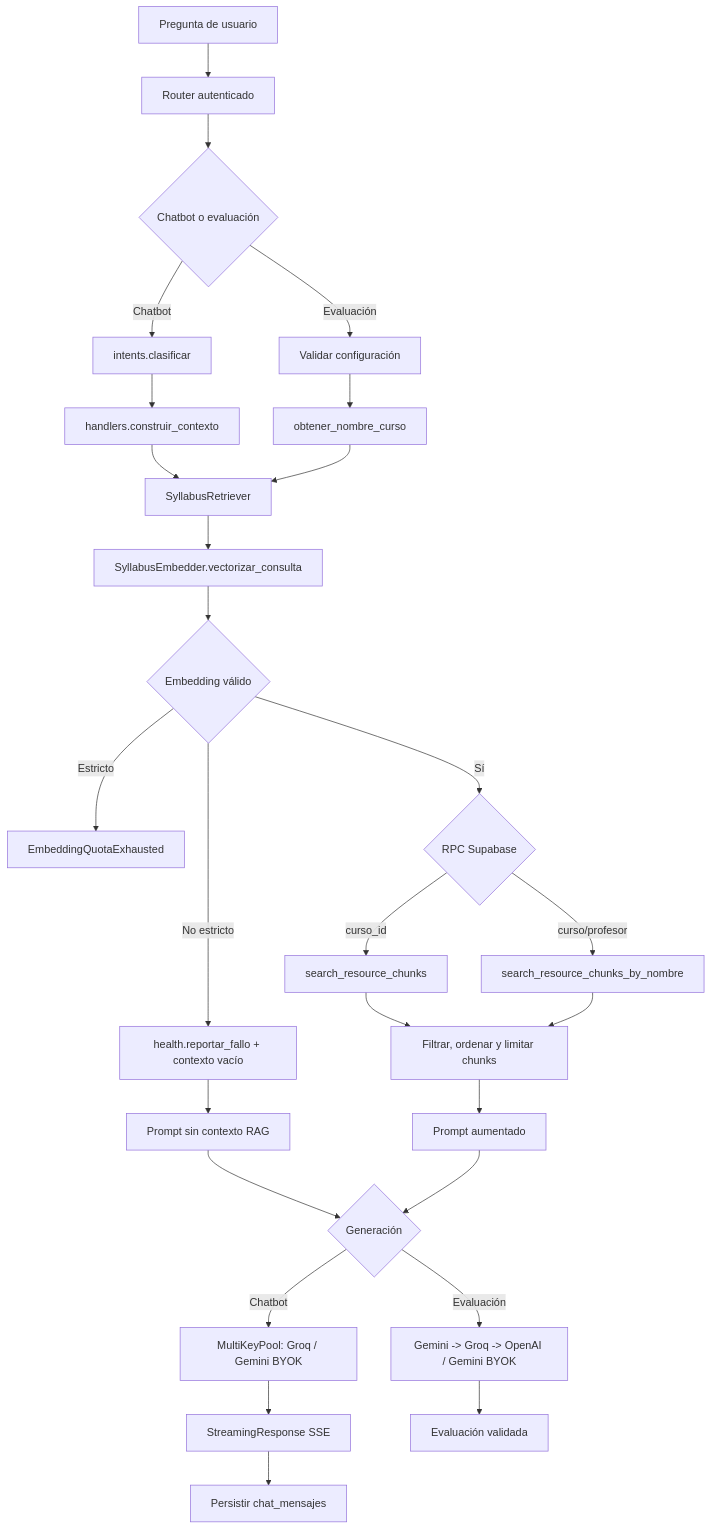
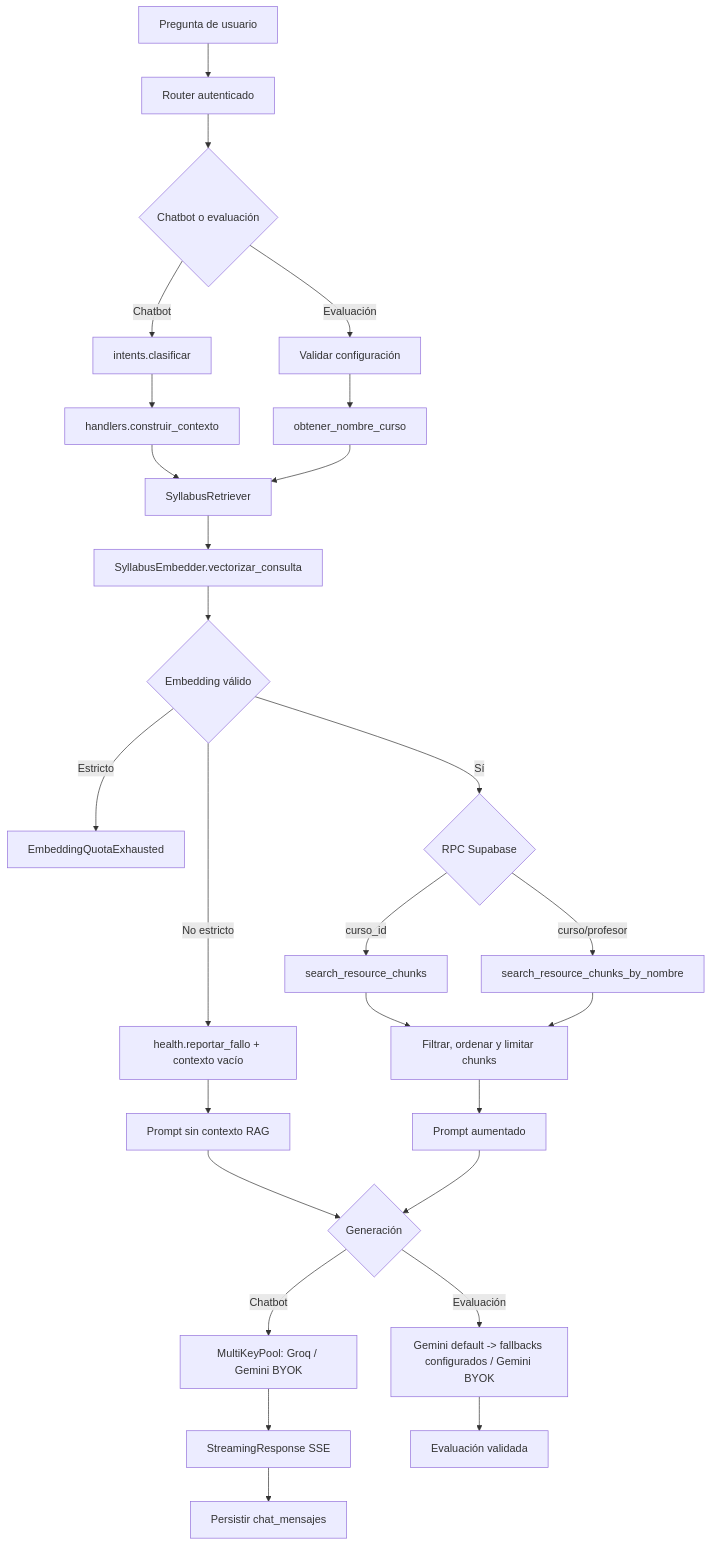
The second of 2 diagrams in docs/ARQUITECTURA_SISTEMA_RAG.md (leaduni/univia-project), drawn with Mermaid before and after one commit. The commit also changed other lines of this file and 133 other files, not shown here.

````diff
--- a/docs/ARQUITECTURA_SISTEMA_RAG.md
+++ b/docs/ARQUITECTURA_SISTEMA_RAG.md
@@ -550,29 +555,29 @@
 ```mermaid
 flowchart TD
     A[Pregunta de usuario] --> B[Router autenticado]
     B --> C{Chatbot o evaluación}
     C -->|Chatbot| D[intents.clasificar]
     C -->|Evaluación| E[Validar configuración]
     D --> F[handlers.construir_contexto]
     E --> G[obtener_nombre_curso]
     F --> H[SyllabusRetriever]
     G --> H
     H --> I[SyllabusEmbedder.vectorizar_consulta]
     I --> J{Embedding válido}
     J -->|No estricto| K[health.reportar_fallo + contexto vacío]
     J -->|Estricto| L[EmbeddingQuotaExhausted]
     J -->|Sí| M{RPC Supabase}
     M -->|curso_id| N[search_resource_chunks]
     M -->|curso/profesor| O[search_resource_chunks_by_nombre]
     N --> P[Filtrar, ordenar y limitar chunks]
     O --> P
     K --> Q[Prompt sin contexto RAG]
     P --> R[Prompt aumentado]
     Q --> S{Generación}
     R --> S
     S -->|Chatbot| T[MultiKeyPool: Groq / Gemini BYOK]
-    S -->|Evaluación| U[Gemini -> Groq -> OpenAI / Gemini BYOK]
+    S -->|Evaluación| U[Gemini default -> fallbacks configurados / Gemini BYOK]
     T --> V[StreamingResponse SSE]
     V --> W[Persistir chat_mensajes]
     U --> X[Evaluación validada]
 ```
````
